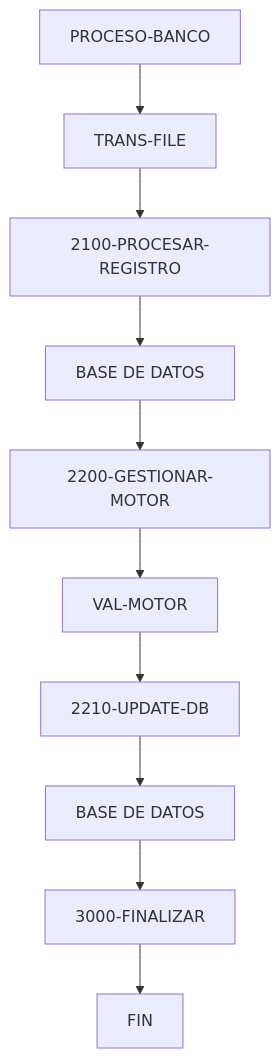
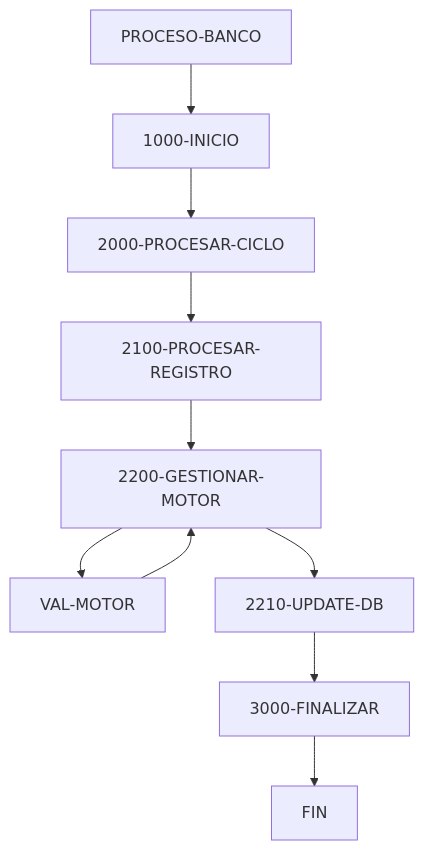
Before and after one commit to hexaforce66/codigosCobol: the diagram in sistema_consolidado/README.md, drawn with Mermaid. The commit also changed other lines of this file, not shown here.

````diff
--- a/sistema_consolidado/README.md
+++ b/sistema_consolidado/README.md
@@ -65,12 +76,12 @@
 ```mermaid
 graph TD
-A[PROCESO-BANCO] --> B[TRANS-FILE]
-    B --> C[2100-PROCESAR-REGISTRO]
-    C --> D[BASE DE DATOS]
+A[PROCESO-BANCO] --> B[1000-INICIO]
+    B --> C[2000-PROCESAR-CICLO]
+    C --> D[2100-PROCESAR-REGISTRO]
     D --> E[2200-GESTIONAR-MOTOR]
     E --> F[VAL-MOTOR]
-    F --> G[2210-UPDATE-DB]
-    G --> H[BASE DE DATOS]
-    H --> I[3000-FINALIZAR]
-    I --> J[FIN]
+    F --> E
+    E --> G[2210-UPDATE-DB]
+    G --> H[3000-FINALIZAR]
+    H --> I[FIN]
 ```
````
